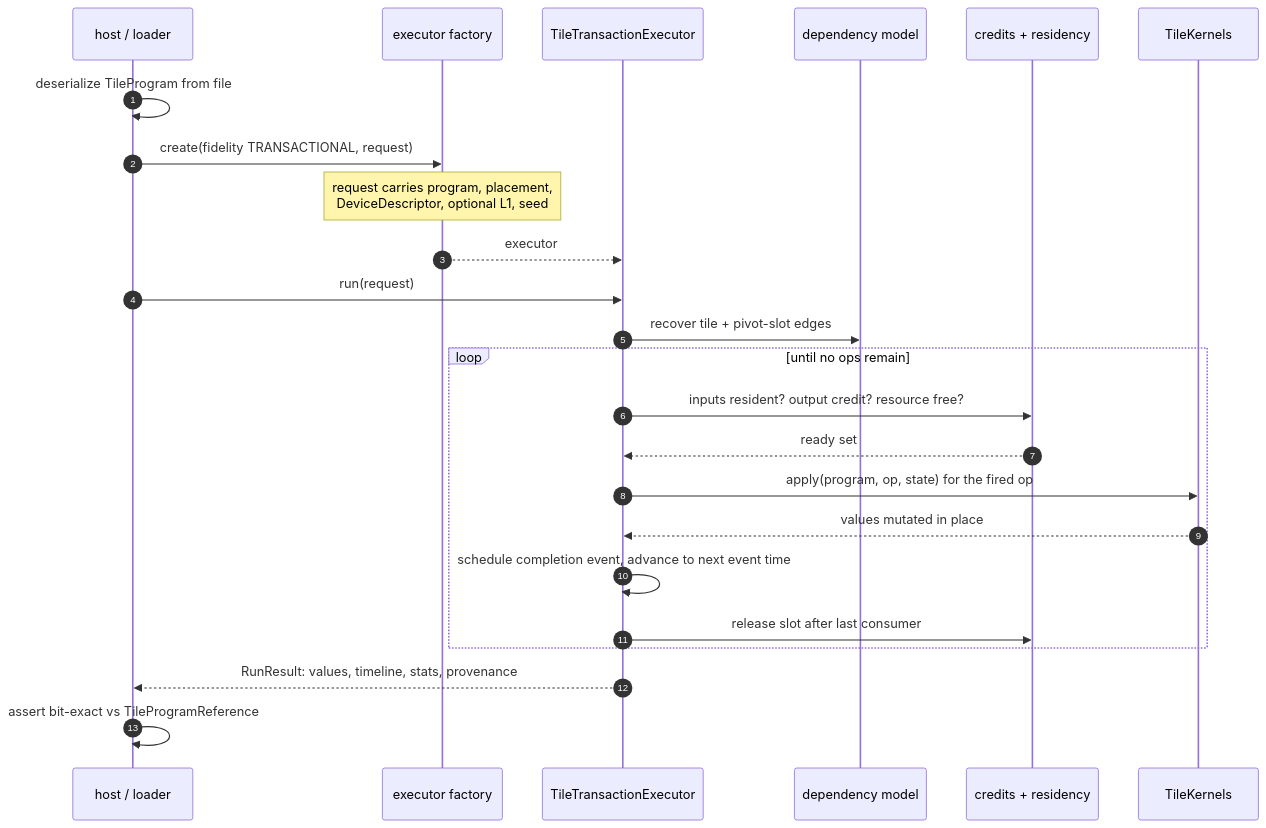
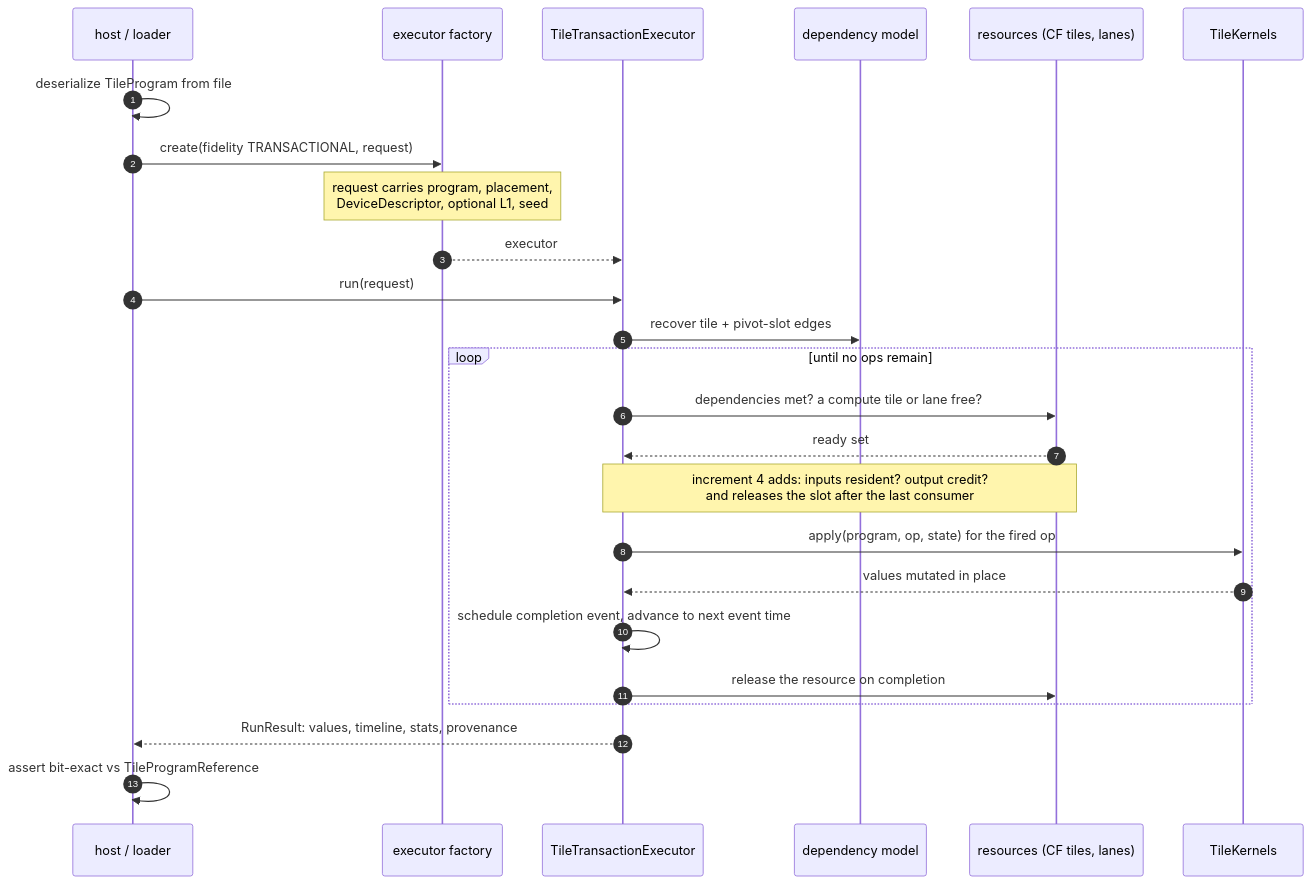
One commit to stillwater-sc/kpu-sim changed the eighth of 8 diagrams in docs/architecture/program-execution-uml.md. Above: the diagram before and after it, drawn with Mermaid. The commit also changed other lines of this file and 2 other files, not shown here.

````diff
--- a/docs/architecture/program-execution-uml.md
+++ b/docs/architecture/program-execution-uml.md
@@ -443,27 +463,28 @@
 ```mermaid
 sequenceDiagram
     autonumber
     participant Host as host / loader
     participant F as executor factory
     participant TTE as TileTransactionExecutor
     participant Dep as dependency model
-    participant Cred as credits + residency
+    participant Res as resources (CF tiles, lanes)
     participant K as TileKernels
 
     Host->>Host: deserialize TileProgram from file
     Host->>F: create(fidelity TRANSACTIONAL, request)
     Note over F: request carries program, placement,<br/>DeviceDescriptor, optional L1, seed
     F-->>TTE: executor
     Host->>TTE: run(request)
     TTE->>Dep: recover tile + pivot-slot edges
     loop until no ops remain
-        TTE->>Cred: inputs resident? output credit? resource free?
-        Cred-->>TTE: ready set
+        TTE->>Res: dependencies met? a compute tile or lane free?
+        Res-->>TTE: ready set
+        Note over TTE,Res: increment 4 adds: inputs resident? output credit?<br/>and releases the slot after the last consumer
         TTE->>K: apply(program, op, state) for the fired op
         K-->>TTE: values mutated in place
         TTE->>TTE: schedule completion event, advance to next event time
-        TTE->>Cred: release slot after last consumer
+        TTE->>Res: release the resource on completion
     end
     TTE-->>Host: RunResult: values, timeline, stats, provenance
     Host->>Host: assert bit-exact vs TileProgramReference
 ```
````
